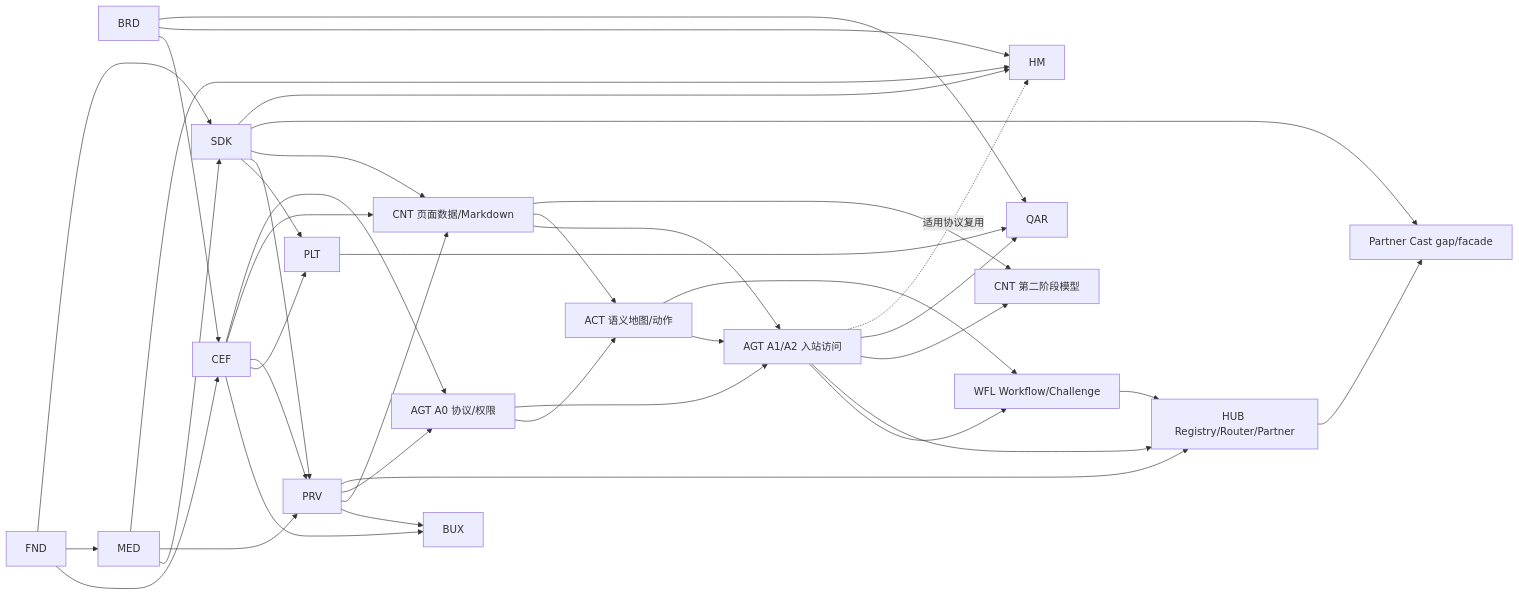
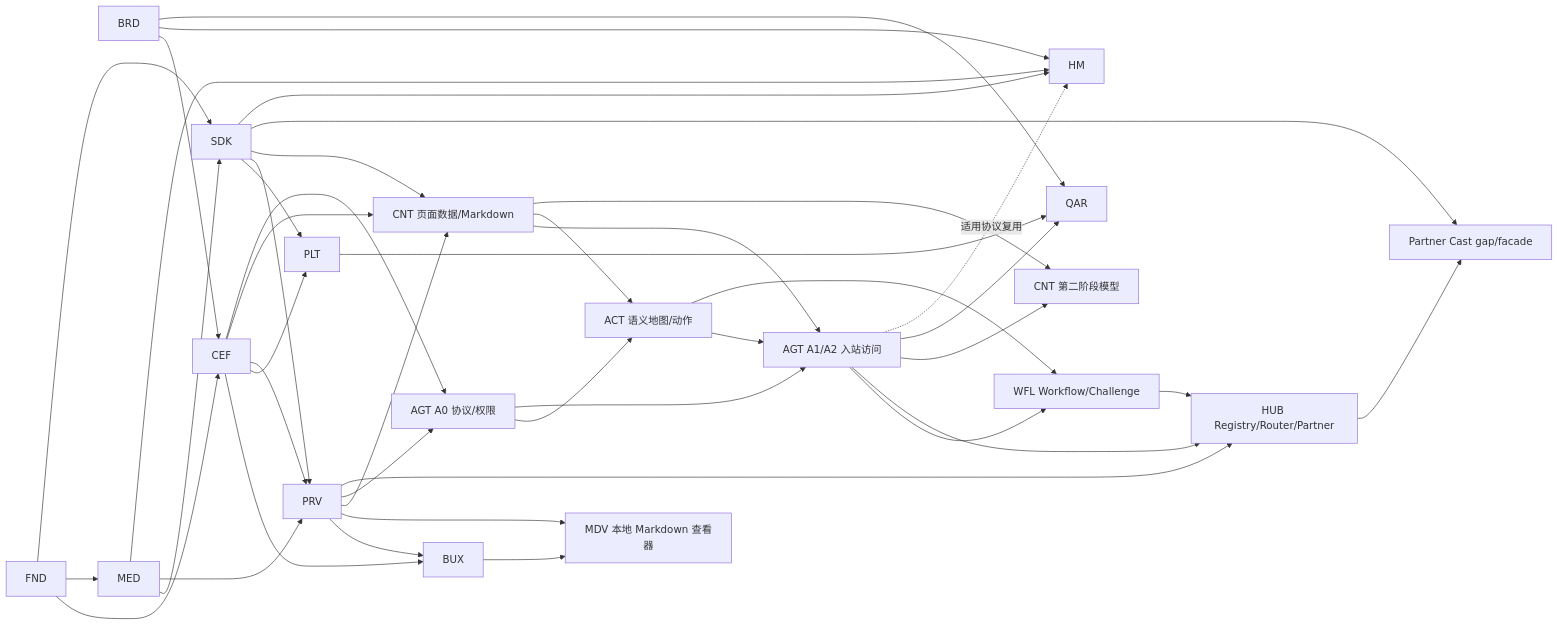
The diagram in docs/crayon-private-cast-browser-roadmap.md (shenyingjun5/crayon-browser), drawn with Mermaid before and after one commit. The commit also changed other lines of this file and 7 other files, not shown here.

First line of the commit message:
docs: PRD v0.8 local markdown viewer (MDV) contracts and HUB-01 scope

````diff
--- a/docs/crayon-private-cast-browser-roadmap.md
+++ b/docs/crayon-private-cast-browser-roadmap.md
@@ -54,41 +55,43 @@
 ```mermaid
 flowchart LR
   BRD --> CEF
   BRD --> HM
   BRD --> QAR
   FND --> CEF
   CEF --> BUX
   PRV --> BUX
+  BUX --> MDV["MDV 本地 Markdown 查看器"]
+  PRV --> MDV
   FND --> MED
   FND --> SDK
   MED --> SDK
   CEF --> PLT
   SDK --> PLT
   CEF --> PRV
   MED --> PRV
   SDK --> PRV
   CEF --> CNT["CNT 页面数据/Markdown"]
   SDK --> CNT
   PRV --> CNT
   CEF --> AGT0["AGT A0 协议/权限"]
   PRV --> AGT0
   CNT --> AGT1["AGT A1/A2 入站访问"]
   CNT --> ACT["ACT 语义地图/动作"]
   AGT0 --> ACT
   AGT0 --> AGT1
   ACT --> AGT1
   ACT --> WFL["WFL Workflow/Challenge"]
   AGT1 --> WFL
   WFL --> HUB["HUB Registry/Router/Partner"]
   AGT1 --> HUB
   PRV --> HUB
   CNT --> MODEL["CNT 第二阶段模型"]
   AGT1 --> MODEL
   HUB --> PC["Partner Cast gap/facade"]
   SDK --> PC
   PLT --> QAR
   AGT1 --> QAR
   MED --> HM
   SDK --> HM
   AGT1 -. "适用协议复用" .-> HM
 ```
````
